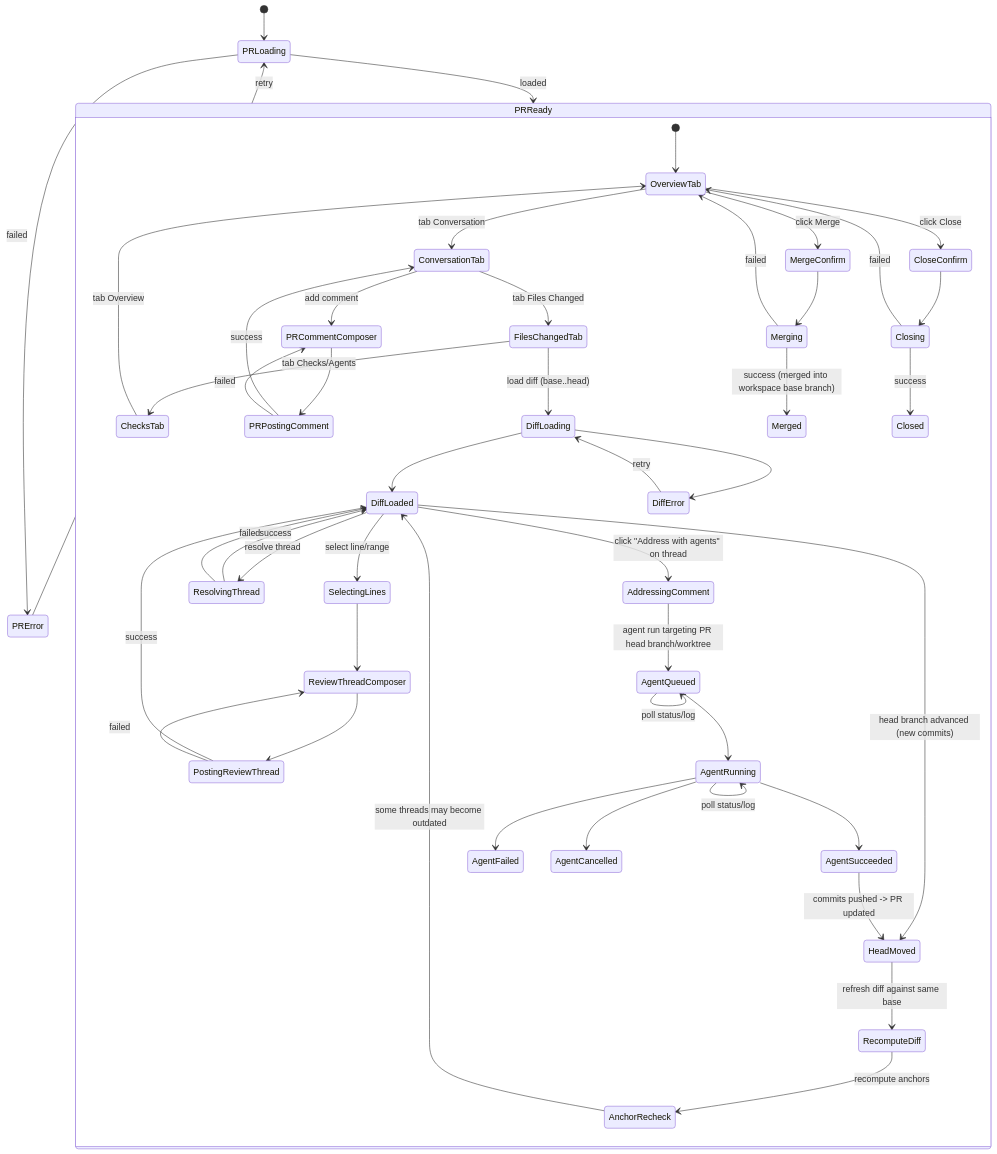
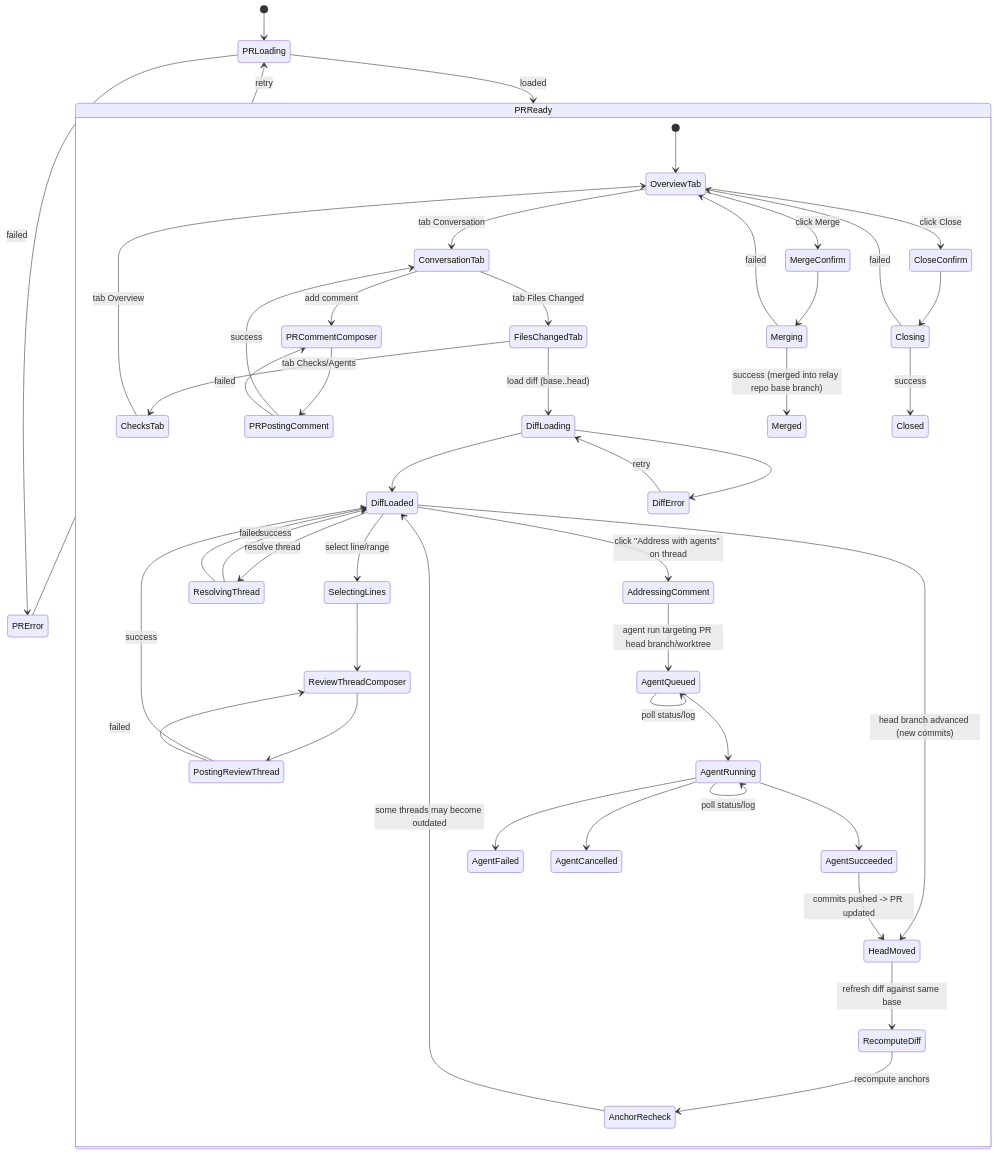
Before and after one commit to LaurenceLong/git-vibe: the sixth of 7 diagrams in FRONTEND_UML.md, drawn with Mermaid. The commit also changed other lines of this file and 22 other files, not shown here.

````diff
--- a/FRONTEND_UML.md
+++ b/FRONTEND_UML.md
@@ -176,68 +172,68 @@
 ```mermaid
 stateDiagram-v2
   [*] --> PRLoading
   PRLoading --> PRReady: loaded
   PRLoading --> PRError: failed
   PRError --> PRLoading: retry
 
   state PRReady {
     [*] --> OverviewTab
 
     OverviewTab --> ConversationTab: tab Conversation
     ConversationTab --> FilesChangedTab: tab Files Changed
     FilesChangedTab --> ChecksTab: tab Checks/Agents
     ChecksTab --> OverviewTab: tab Overview
 
     %% Conversation comments (non-code)
     ConversationTab --> PRCommentComposer: add comment
     PRCommentComposer --> PRPostingComment
     PRPostingComment --> ConversationTab: success
     PRPostingComment --> PRCommentComposer: failed
 
     %% Diff + code review threads
     FilesChangedTab --> DiffLoading: load diff (base..head)
     DiffLoading --> DiffLoaded
     DiffLoading --> DiffError
     DiffError --> DiffLoading: retry
 
     DiffLoaded --> SelectingLines: select line/range
     SelectingLines --> ReviewThreadComposer
     ReviewThreadComposer --> PostingReviewThread
     PostingReviewThread --> DiffLoaded: success
     PostingReviewThread --> ReviewThreadComposer: failed
 
     DiffLoaded --> ResolvingThread: resolve thread
     ResolvingThread --> DiffLoaded: success
     ResolvingThread --> DiffLoaded: failed
 
-    %% Head updates (agents push commits to SAME head branch)
+    %% Head updates (agents push commits to SAME head branch in relay repo)
     DiffLoaded --> HeadMoved: head branch advanced (new commits)
     HeadMoved --> RecomputeDiff: refresh diff against same base
     RecomputeDiff --> AnchorRecheck: recompute anchors
     AnchorRecheck --> DiffLoaded: some threads may become outdated
 
     %% "Review comment will deal in its corresponding worktree"
     %% i.e., from a review thread, you can trigger agents working in the PR's worktree
     DiffLoaded --> AddressingComment: click "Address with agents" on thread
     AddressingComment --> AgentQueued: agent run targeting PR head branch/worktree
     AgentQueued --> AgentRunning
     AgentRunning --> AgentSucceeded
     AgentRunning --> AgentFailed
     AgentRunning --> AgentCancelled
 
     AgentQueued --> AgentQueued: poll status/log
     AgentRunning --> AgentRunning: poll status/log
     AgentSucceeded --> HeadMoved: commits pushed -> PR updated
 
     %% Merge/Close
     OverviewTab --> MergeConfirm: click Merge
     MergeConfirm --> Merging
-    Merging --> Merged: success (merged into workspace base branch)
+    Merging --> Merged: success (merged into relay repo base branch)
     Merging --> OverviewTab: failed
 
     OverviewTab --> CloseConfirm: click Close
     CloseConfirm --> Closing
     Closing --> Closed: success
     Closing --> OverviewTab: failed
   }
 ```
````
